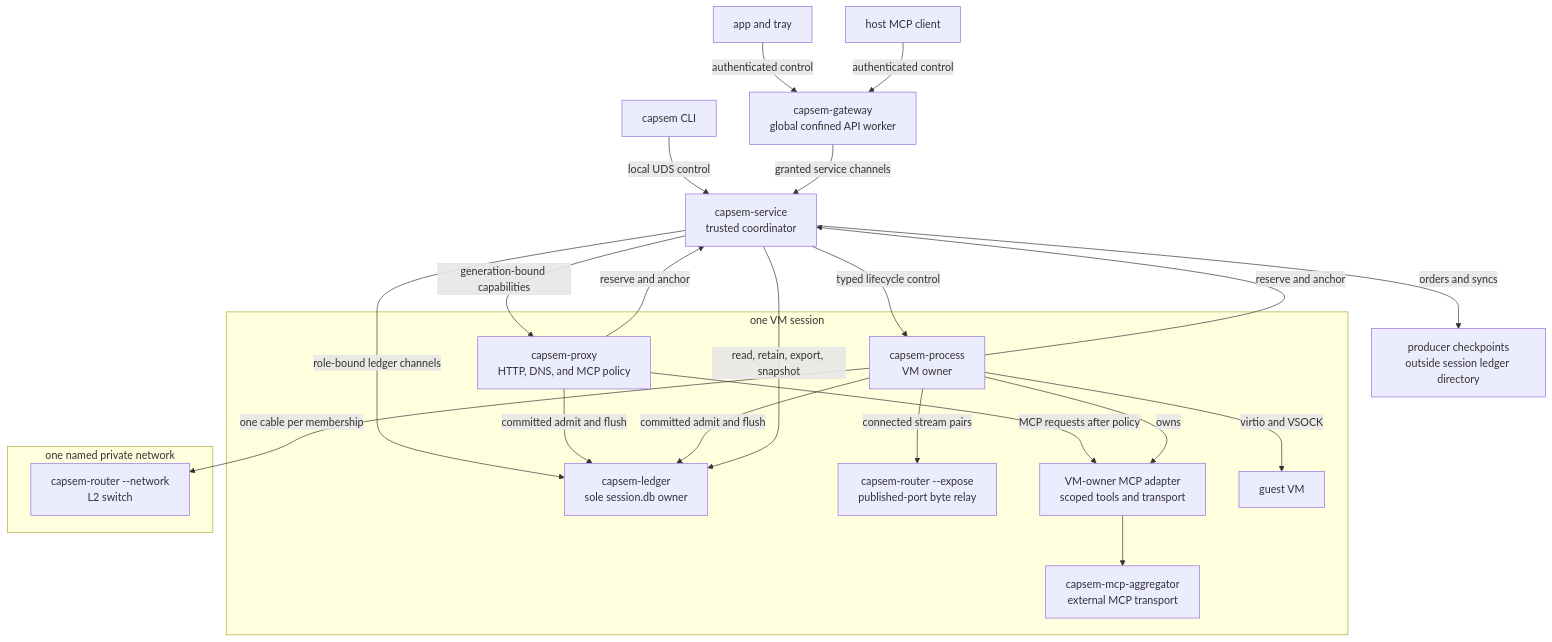
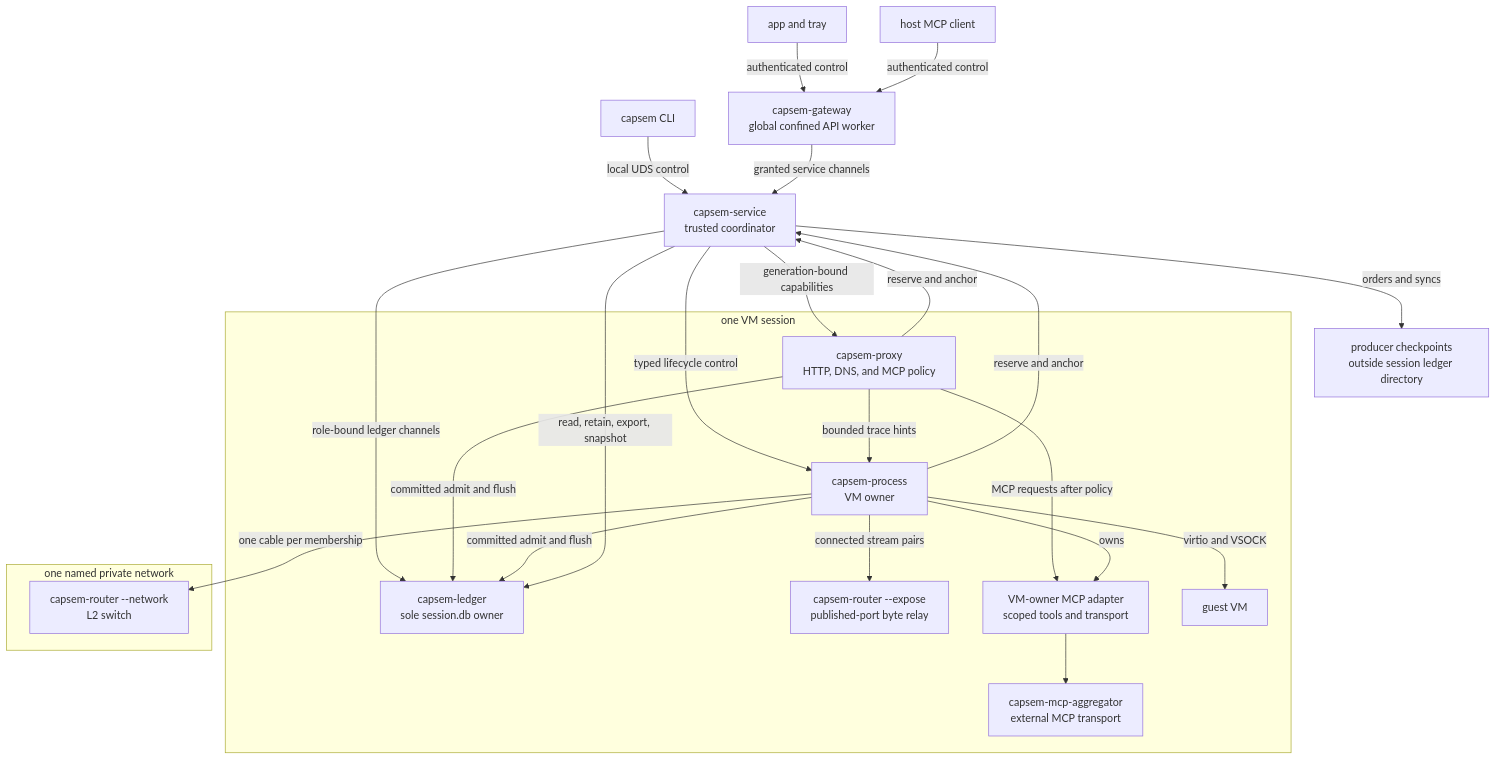
One commit to google/capsem changed the first of 2 diagrams in web/docs/src/content/docs/architecture/host-isolation.md. Above: the diagram before and after it, drawn with Mermaid. The commit also changed other lines of this file and 226 other files, not shown here.

````diff
--- a/web/docs/src/content/docs/architecture/host-isolation.md
+++ b/web/docs/src/content/docs/architecture/host-isolation.md
@@ -19,43 +19,44 @@
 ```mermaid
 flowchart TB
     CLI["capsem CLI"]
     UI["app and tray"]
     HostMCP["host MCP client"]
     Gateway["capsem-gateway<br/>global confined API worker"]
     Service["capsem-service<br/>trusted coordinator"]
     Checkpoints["producer checkpoints<br/>outside session ledger directory"]
 
     subgraph Session["one VM session"]
         Owner["capsem-process<br/>VM owner"]
         Proxy["capsem-proxy<br/>HTTP, DNS, and MCP policy"]
         Ledger["capsem-ledger<br/>sole session.db owner"]
         Relay["capsem-router --expose<br/>published-port byte relay"]
         Aggregator["capsem-mcp-aggregator<br/>external MCP transport"]
         MCPBridge["VM-owner MCP adapter<br/>scoped tools and transport"]
         VM["guest VM"]
     end
 
     subgraph PrivateNetwork["one named private network"]
         Switch["capsem-router --network<br/>L2 switch"]
     end
 
     UI -->|"authenticated control"| Gateway
     HostMCP -->|"authenticated control"| Gateway
     CLI -->|"local UDS control"| Service
     Gateway -->|"granted service channels"| Service
     Service -->|"typed lifecycle control"| Owner
     Service -->|"generation-bound capabilities"| Proxy
     Service -->|"role-bound ledger channels"| Ledger
     Service -->|"orders and syncs"| Checkpoints
     Owner -->|"virtio and VSOCK"| VM
     Owner -->|"connected stream pairs"| Relay
     Proxy -->|"MCP requests after policy"| MCPBridge
+    Proxy -->|"bounded trace hints"| Owner
     Owner -->|"owns"| MCPBridge
     MCPBridge --> Aggregator
     Owner -->|"one cable per membership"| Switch
     Proxy -->|"committed admit and flush"| Ledger
     Owner -->|"committed admit and flush"| Ledger
     Proxy -->|"reserve and anchor"| Service
     Owner -->|"reserve and anchor"| Service
     Service -->|"read, retain, export, snapshot"| Ledger
 ```
````
